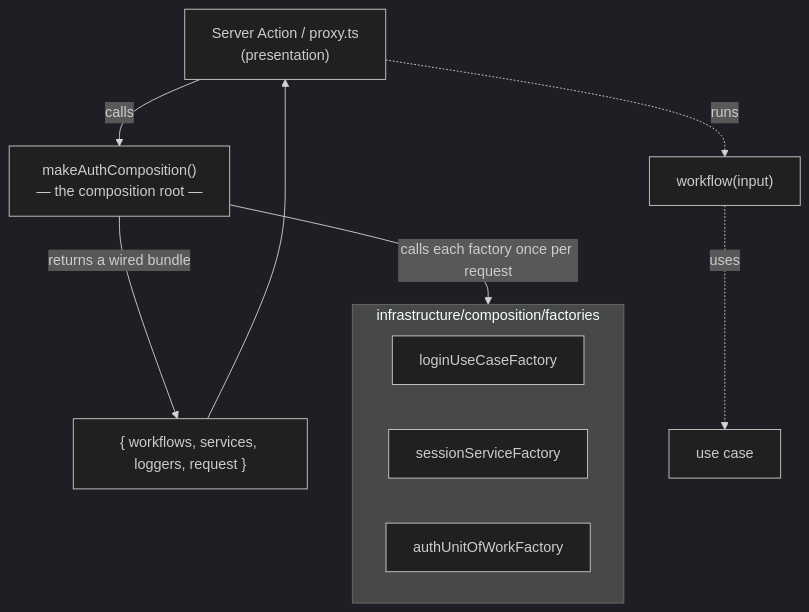
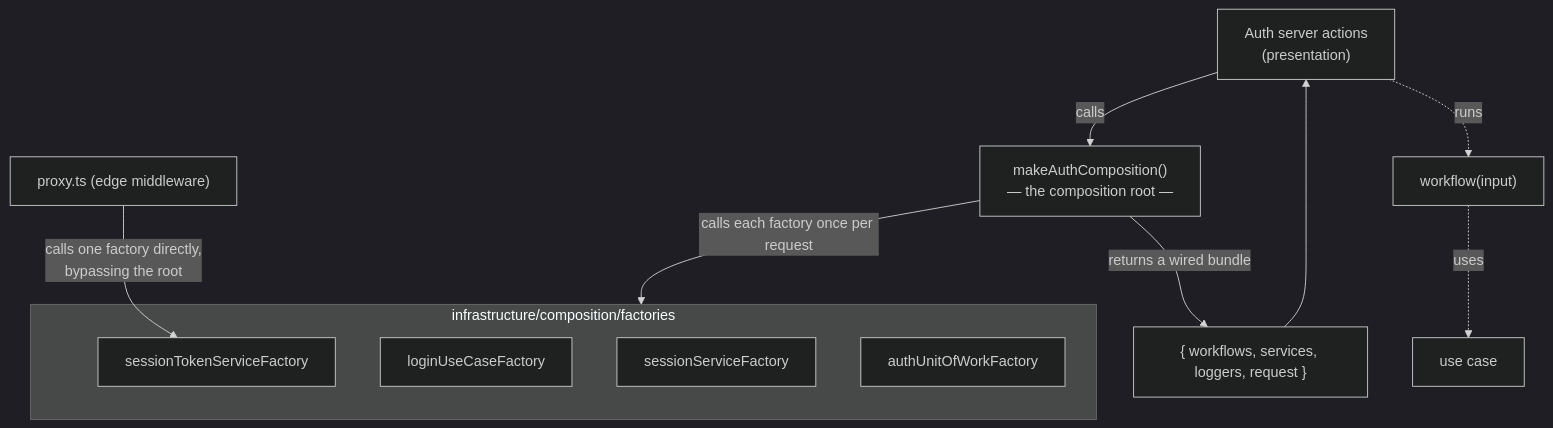
Before and after one commit to andrewpetersondev/nextjs-dashboard: the first of 2 diagrams in docs/diagrams/dependency-injection.md, drawn with Mermaid (dark theme). The commit also changed other lines of this file and 10 other files, not shown here.

First line of the commit message:
docs(diagrams): reconcile the drift-flagged architecture diagrams with the code

````diff
--- a/docs/diagrams/dependency-injection.md
+++ b/docs/diagrams/dependency-injection.md
@@ -15,18 +15,20 @@
 ```mermaid
 flowchart TD
-    caller["Server Action / proxy.ts<br/>(presentation)"] -->|"calls"| comp["makeAuthComposition()<br/>— the composition root —"]
+    caller["Auth server actions<br/>(presentation)"] -->|"calls"| comp["makeAuthComposition()<br/>— the composition root —"]
+    proxy["proxy.ts (edge middleware)"] -->|"calls one factory directly,<br/>bypassing the root"| f4
 
     subgraph fac["infrastructure/composition/factories"]
         f1["loginUseCaseFactory"]
         f2["sessionServiceFactory"]
         f3["authUnitOfWorkFactory"]
+        f4["sessionTokenServiceFactory"]
     end
 
     comp -->|"calls each factory once per request"| fac
 
     comp -->|"returns a wired bundle"| bundle["{ workflows, services, loggers, request }"]
     bundle --> caller
 
     caller -.->|"runs"| wf["workflow(input)"]
     wf -.->|"uses"| uc["use case"]
 ```
````
